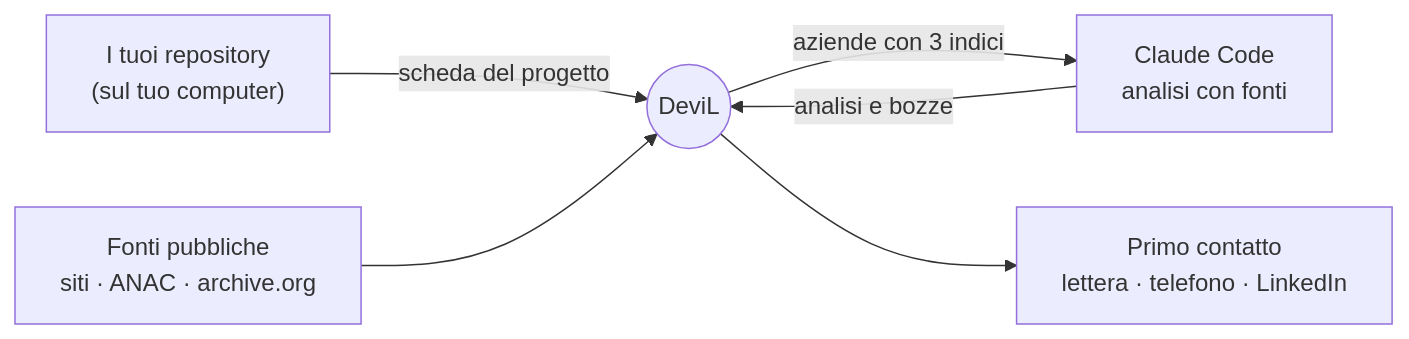
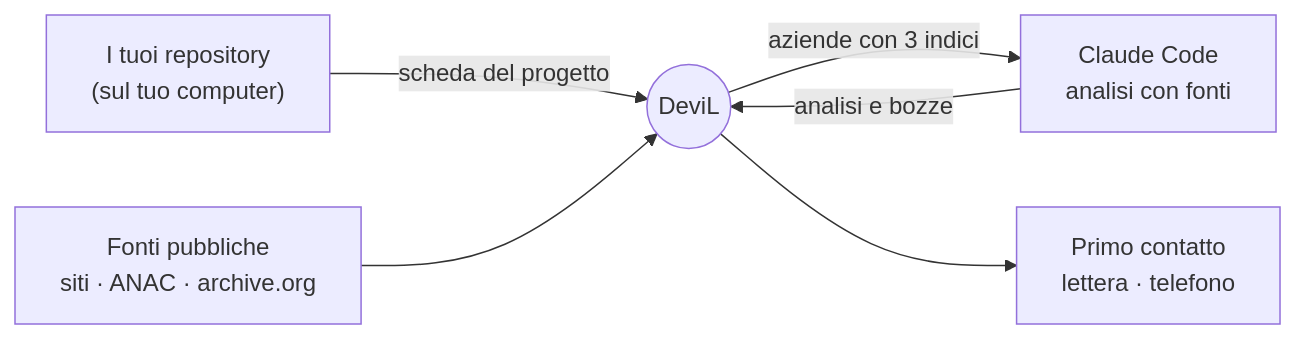
One commit to cozzagit/devil-mcp changed the diagram in README.md. Above: the diagram before and after it, drawn with Mermaid. The commit also changed other lines of this file, not shown here.

Commit message:
docs(readme): LinkedIn as connection request, tell similar tools apart

````diff
--- a/README.md
+++ b/README.md
@@ -75,8 +75,8 @@
 ```mermaid
 flowchart LR
   A["I tuoi repository<br/>(sul tuo computer)"] -->|scheda del progetto| B(("DeviL"))
   C["Fonti pubbliche<br/>siti · ANAC · archive.org"] --> B
   B -->|aziende con 3 indici| D["Claude Code<br/>analisi con fonti"]
   D -->|analisi e bozze| B
-  B --> E["Primo contatto<br/>lettera · telefono · LinkedIn"]
+  B --> E["Primo contatto<br/>lettera · telefono"]
 ```
````
